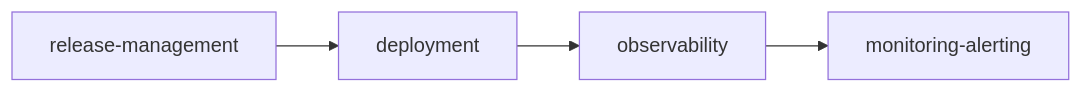
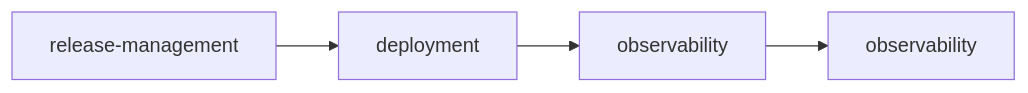
The fourth of 4 diagrams in docs/how-to/adoption.md (quantumquirkxyz/skills-quirk), drawn with Mermaid before and after one commit. The commit also changed 23 other files, not shown here.

````diff
--- a/docs/how-to/adoption.md
+++ b/docs/how-to/adoption.md
@@ -91,6 +91,6 @@
 ```mermaid
 flowchart LR
     A[release-management] --> B[deployment]
     B --> C[observability]
-    C --> D[monitoring-alerting]
+    C --> D[observability]
 ```
````
